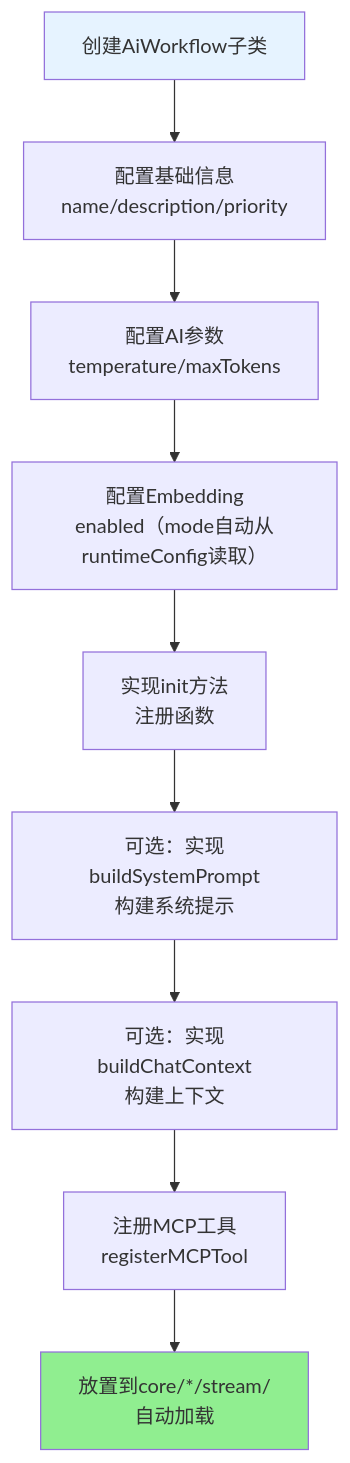
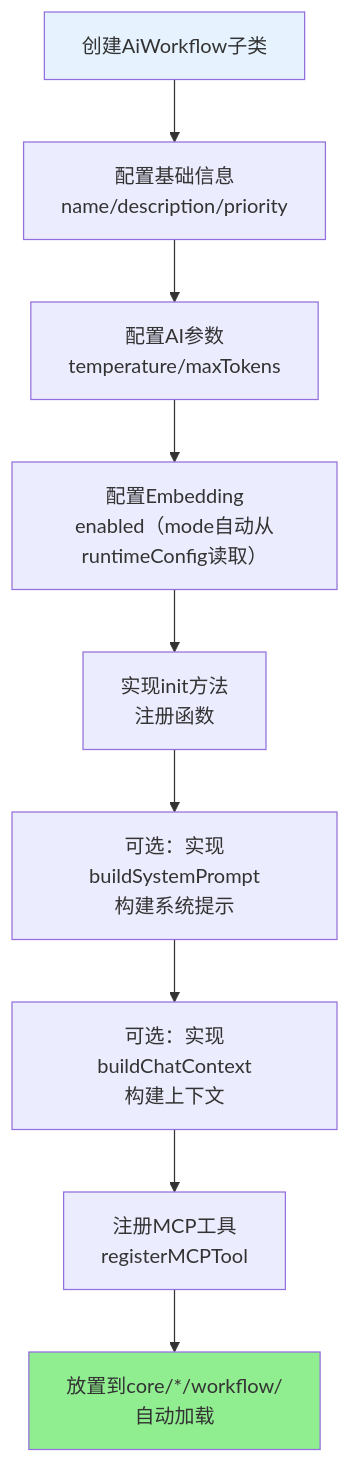
Before and after one commit to sunflowermm/XRK-AGT: the second of 8 diagrams in docs/框架可扩展性指南.md, drawn with Mermaid. The commit also changed other lines of this file and 236 other files, not shown here.

Commit message:
1）refactor: aistream/stream 硬切为 ai-workflow/workflow，统一 Runtime 与 Core 命名契约 2）refactor: 将 crawl 与通用工具下沉 src，使 system-Core 成为可复制的薄参考 Core 3）refactor: 修正部分底层谬误 [✏️ 151 修改, 🗑️ 5 删除] +1502 -1599 行

````diff
--- a/docs/框架可扩展性指南.md
+++ b/docs/框架可扩展性指南.md
@@ -396,14 +396,14 @@
 ```mermaid
 flowchart TB
     A["创建AiWorkflow子类"] --> B["配置基础信息<br/>name/description/priority"]
     B --> C["配置AI参数<br/>temperature/maxTokens"]
     C --> D["配置Embedding<br/>enabled（mode自动从runtimeConfig读取）"]
     D --> E["实现init方法<br/>注册函数"]
     E --> F["可选：实现buildSystemPrompt<br/>构建系统提示"]
     F --> G["可选：实现buildChatContext<br/>构建上下文"]
     G --> H["注册MCP工具<br/>registerMCPTool"]
-    H --> I["放置到core/*/stream/<br/>自动加载"]
+    H --> I["放置到core/*/workflow/<br/>自动加载"]
     
     style A fill:#E6F3FF
     style I fill:#90EE90
 ```
````
